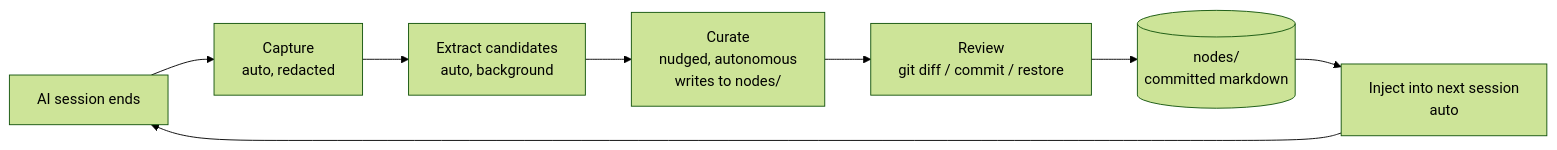
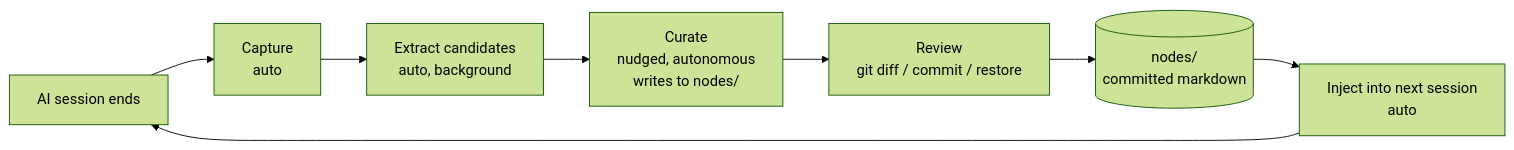
One commit to e0ipso/ai-knowledge-base changed the first of 2 diagrams in docs/how-it-works.md. Above: the diagram before and after it, drawn with Mermaid (forest theme). The commit also changed other lines of this file and 8 other files, not shown here.

````diff
--- a/docs/how-it-works.md
+++ b/docs/how-it-works.md
@@ -10,10 +10,10 @@
 ```mermaid
 flowchart LR
-    A[AI session ends] --> B[Capture<br/>auto, redacted]
+    A[AI session ends] --> B[Capture<br/>auto]
     B --> C[Extract candidates<br/>auto, background]
     C --> D[Curate<br/>nudged, autonomous<br/>writes to nodes/]
     D --> E[Review<br/>git diff / commit / restore]
     E --> F[(nodes/<br/>committed markdown)]
     F --> G[Inject into next session<br/>auto]
     G --> A
 ```
````
